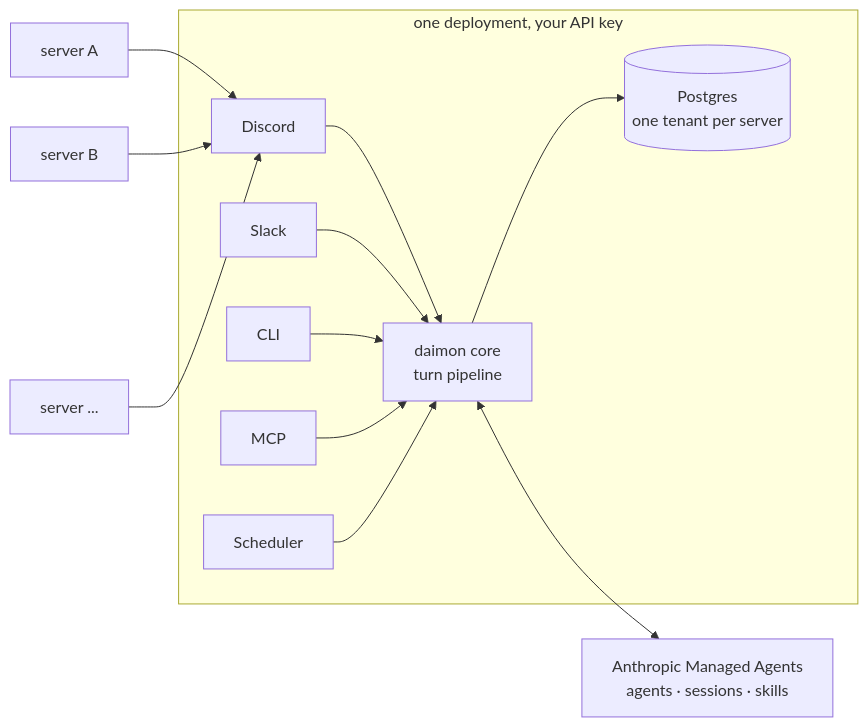
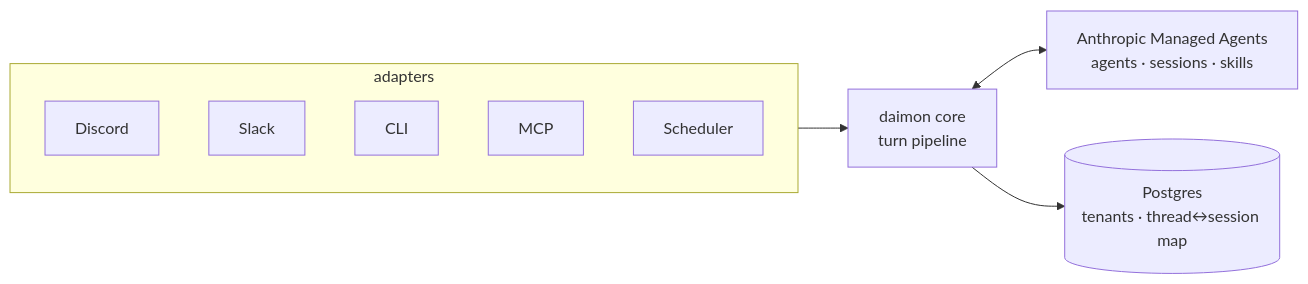
The second of 2 diagrams in README.md (pymc-labs/daimon), drawn with Mermaid before and after one commit. The commit also changed other lines of this file, not shown here.

First line of the commit message:
docs: friendlier How-it-works diagram; fold technical architecture into details

````diff
--- a/README.md
+++ b/README.md
@@ -49,15 +65,14 @@
 ```mermaid
 flowchart LR
-    gA[server A] --> Discord
-    gB[server B] --> Discord
-    gN[server ...] --> Discord
-    subgraph deployment["one deployment, your API key"]
-        Discord --> core
-        Slack --> core
-        CLI --> core
-        MCP --> core
-        Scheduler --> core
-        core["daimon core<br>turn pipeline"] --> pg[("Postgres<br>one tenant per server")]
+    subgraph adapters
+        direction TB
+        Discord
+        Slack
+        CLI
+        MCP
+        Scheduler
     end
+    adapters --> core["daimon core<br>turn pipeline"]
     core <--> ma["Anthropic Managed Agents<br>agents &middot; sessions &middot; skills"]
+    core --> pg[("Postgres<br>tenants &middot; thread&harr;session map")]
 ```
````
